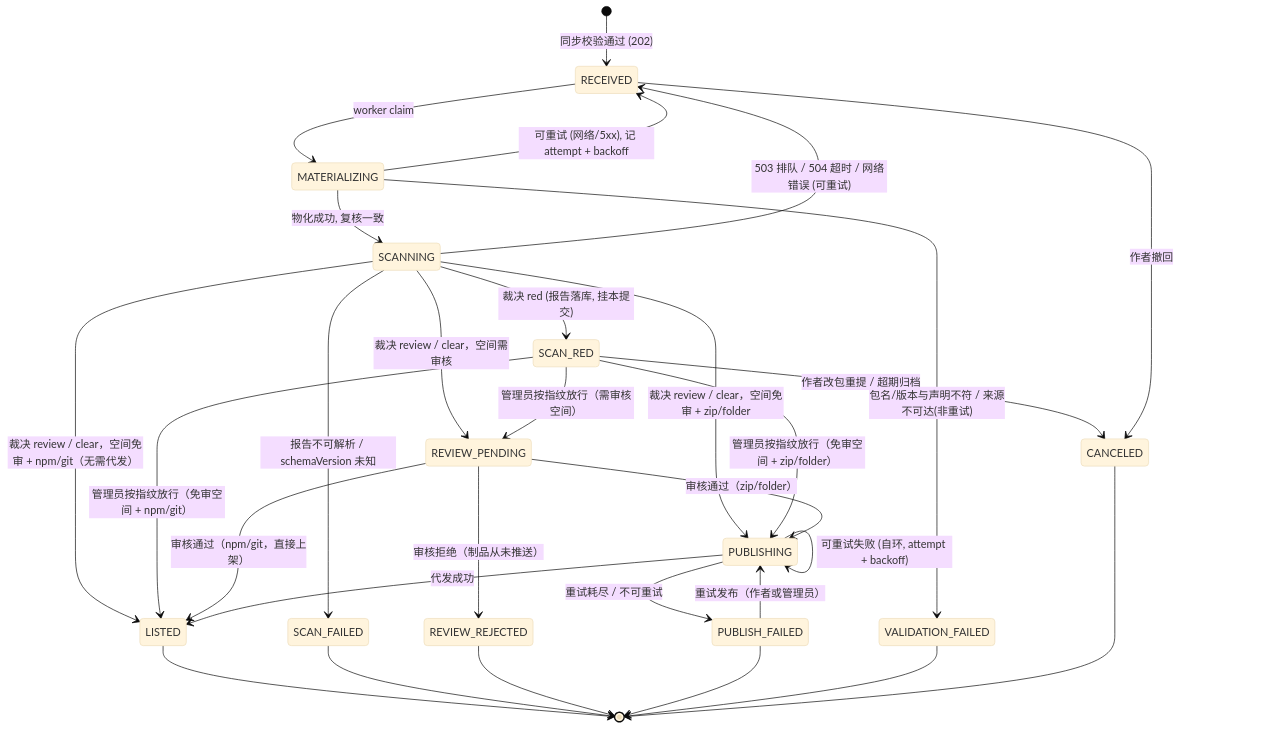
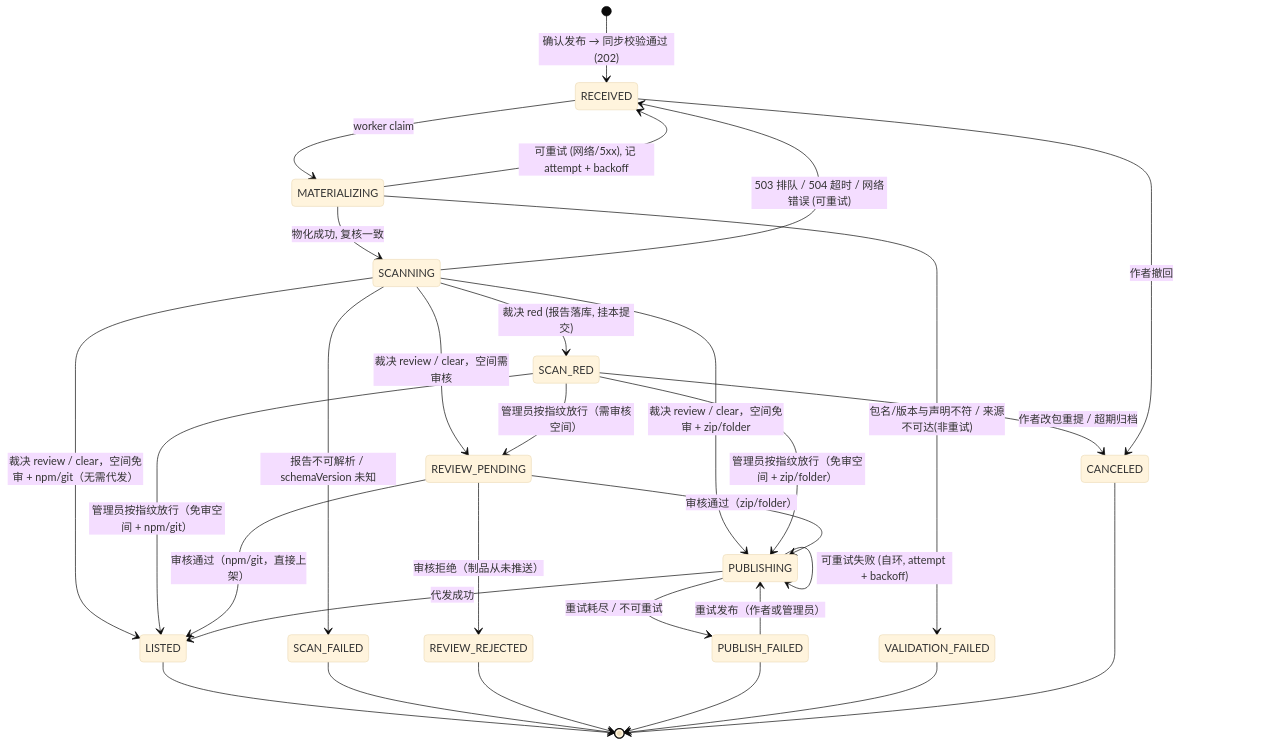
One commit to angel95-afk/dshhub changed the third of 4 diagrams in openspec/changes/add-plugin-market/design/backend/06-domain-state-machines.md. Above: the diagram before and after it, drawn with Mermaid (base theme). The commit also changed other lines of this file and 24 other files, not shown here.

````diff
--- a/openspec/changes/add-plugin-market/design/backend/06-domain-state-machines.md
+++ b/openspec/changes/add-plugin-market/design/backend/06-domain-state-machines.md
@@ -112,32 +114,32 @@
 ```mermaid
 stateDiagram-v2
-    [*] --> RECEIVED: 同步校验通过 (202)
+    [*] --> RECEIVED: 确认发布 → 同步校验通过 (202)
     RECEIVED --> MATERIALIZING: worker claim
     MATERIALIZING --> VALIDATION_FAILED: 包名/版本与声明不符 / 来源不可达(非重试)
     MATERIALIZING --> RECEIVED: 可重试 (网络/5xx), 记 attempt + backoff
     MATERIALIZING --> SCANNING: 物化成功, 复核一致
     SCANNING --> SCAN_RED: 裁决 red (报告落库, 挂本提交)
     SCANNING --> SCAN_FAILED: 报告不可解析 / schemaVersion 未知
     SCANNING --> RECEIVED: 503 排队 / 504 超时 / 网络错误 (可重试)
     SCANNING --> REVIEW_PENDING: 裁决 review / clear，空间需审核
     SCANNING --> PUBLISHING: 裁决 review / clear，空间免审 + zip/folder
     SCANNING --> LISTED: 裁决 review / clear，空间免审 + npm/git（无需代发）
     SCAN_RED --> REVIEW_PENDING: 管理员按指纹放行（需审核空间）
     SCAN_RED --> PUBLISHING: 管理员按指纹放行（免审空间 + zip/folder）
     SCAN_RED --> LISTED: 管理员按指纹放行（免审空间 + npm/git）
     SCAN_RED --> CANCELED: 作者改包重提 / 超期归档
     REVIEW_PENDING --> PUBLISHING: 审核通过（zip/folder）
     REVIEW_PENDING --> LISTED: 审核通过（npm/git，直接上架）
     REVIEW_PENDING --> REVIEW_REJECTED: 审核拒绝（制品从未推送）
     PUBLISHING --> PUBLISHING: 可重试失败 (自环, attempt + backoff)
     PUBLISHING --> LISTED: 代发成功
     PUBLISHING --> PUBLISH_FAILED: 重试耗尽 / 不可重试
     PUBLISH_FAILED --> PUBLISHING: 重试发布（作者或管理员）
     RECEIVED --> CANCELED: 作者撤回
     LISTED --> [*]
     SCAN_FAILED --> [*]
     REVIEW_REJECTED --> [*]
     PUBLISH_FAILED --> [*]
     VALIDATION_FAILED --> [*]
     CANCELED --> [*]
 ```
````
